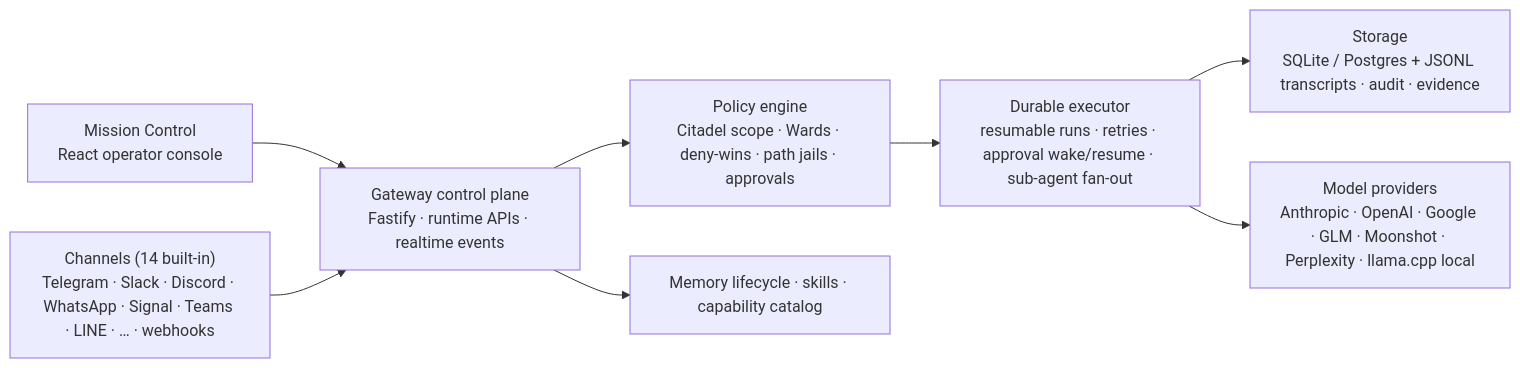
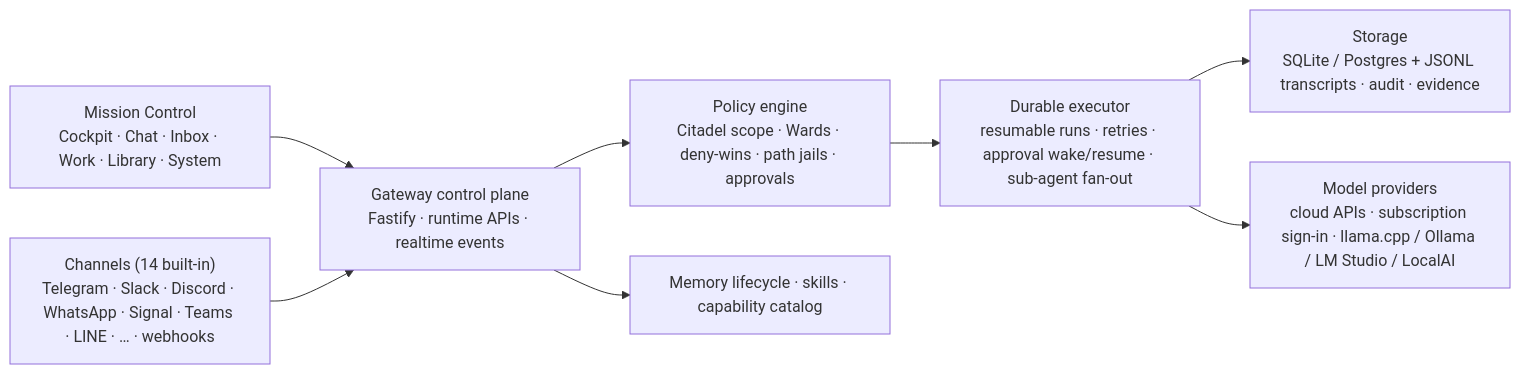
The diagram in README.md (goatcitadel/GoatCitadel), drawn with Mermaid before and after one commit. The commit also changed other lines of this file and 20 other files, not shown here.

````diff
--- a/README.md
+++ b/README.md
@@ -387,12 +435,12 @@
 ```mermaid
 flowchart LR
-  MC["Mission Control<br/>React operator console"] --> GW
+  MC["Mission Control<br/>Cockpit · Chat · Inbox · Work · Library · System"] --> GW
   CH["Channels (14 built-in)<br/>Telegram · Slack · Discord · WhatsApp · Signal · Teams · LINE · … · webhooks"] --> GW
   GW["Gateway control plane<br/>Fastify · runtime APIs · realtime events"] --> POL
   POL["Policy engine<br/>Citadel scope · Wards · deny-wins · path jails · approvals"] --> DUR
   GW --> MEM["Memory lifecycle · skills · capability catalog"]
   DUR["Durable executor<br/>resumable runs · retries · approval wake/resume · sub-agent fan-out"] --> ST
   DUR --> PRV
   ST["Storage<br/>SQLite / Postgres + JSONL transcripts · audit · evidence"]
-  PRV["Model providers<br/>Anthropic · OpenAI · Google · GLM · Moonshot · Perplexity · llama.cpp local"]
+  PRV["Model providers<br/>cloud APIs · subscription sign-in · llama.cpp / Ollama / LM Studio / LocalAI"]
 ```
````
